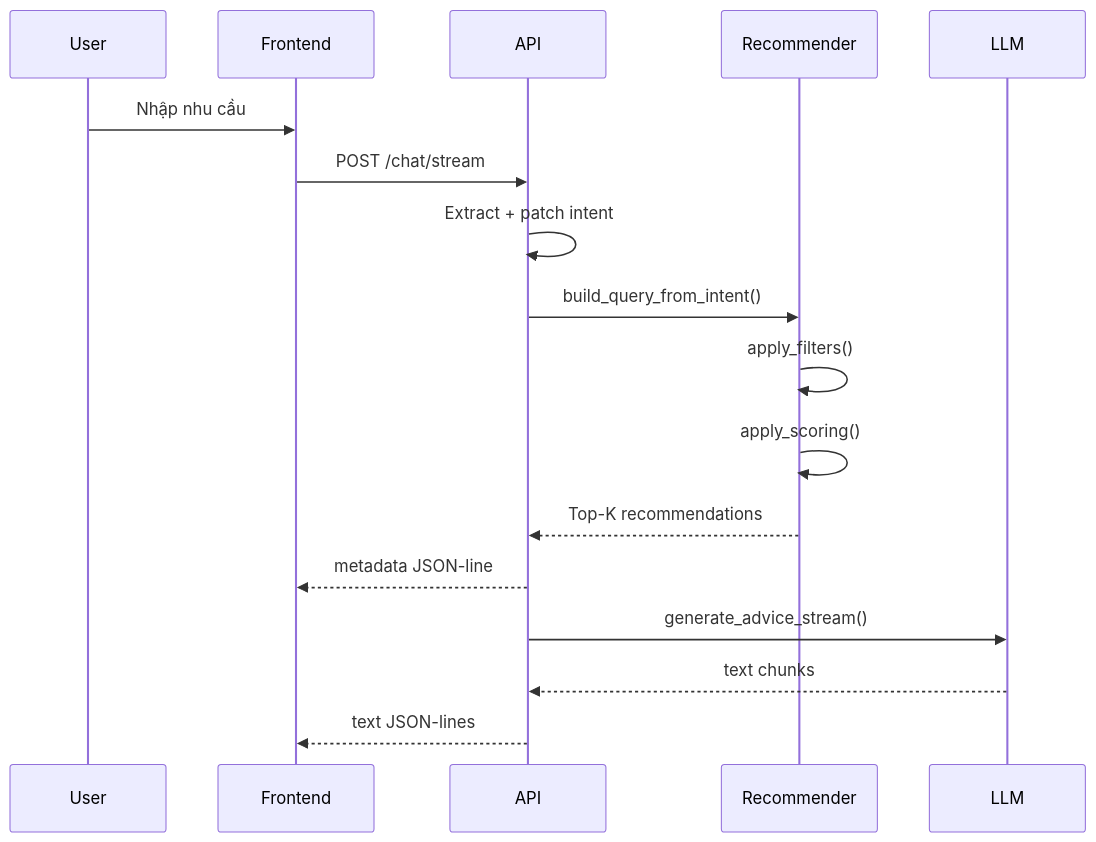
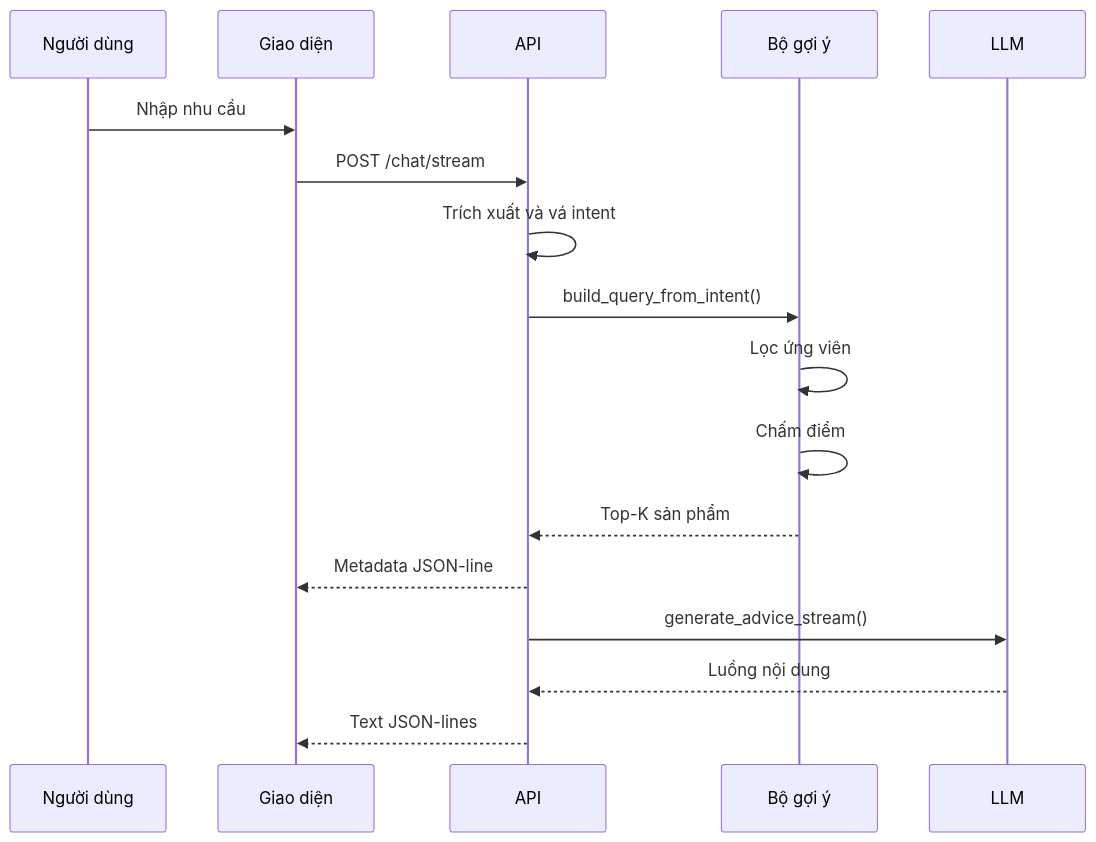
One commit to huyt39/Laptop-Advisor-DS changed the fourth of 4 diagrams in reports/fpt_laptop_advisor_report.md. Above: the diagram before and after it, drawn with Mermaid. The commit also changed other lines of this file, not shown here.

````diff
--- a/reports/fpt_laptop_advisor_report.md
+++ b/reports/fpt_laptop_advisor_report.md
@@ -771,20 +834,20 @@
 ```mermaid
 sequenceDiagram
-    participant User
-    participant Frontend
+    participant U as Người dùng
+    participant FE as Giao diện
     participant API
-    participant Recommender
+    participant REC as Bộ gợi ý
     participant LLM
 
-    User->>Frontend: Nhập nhu cầu
-    Frontend->>API: POST /chat/stream
-    API->>API: Extract + patch intent
-    API->>Recommender: build_query_from_intent()
-    Recommender->>Recommender: apply_filters()
-    Recommender->>Recommender: apply_scoring()
-    Recommender-->>API: Top-K recommendations
-    API-->>Frontend: metadata JSON-line
+    U->>FE: Nhập nhu cầu
+    FE->>API: POST /chat/stream
+    API->>API: Trích xuất và vá intent
+    API->>REC: build_query_from_intent()
+    REC->>REC: Lọc ứng viên
+    REC->>REC: Chấm điểm
+    REC-->>API: Top-K sản phẩm
+    API-->>FE: Metadata JSON-line
     API->>LLM: generate_advice_stream()
-    LLM-->>API: text chunks
-    API-->>Frontend: text JSON-lines
+    LLM-->>API: Luồng nội dung
+    API-->>FE: Text JSON-lines
 ```
````
